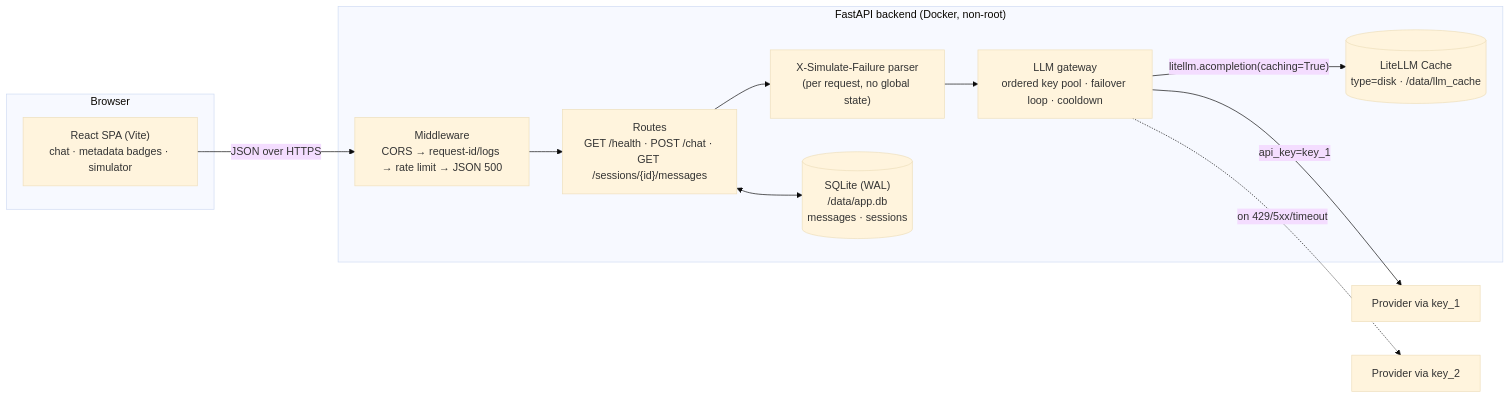
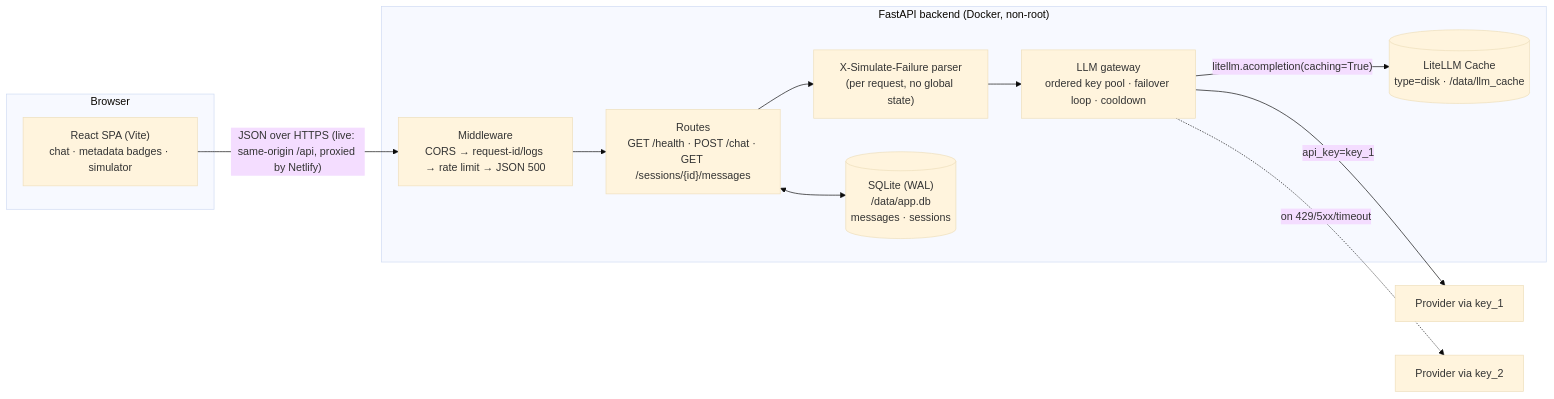
The first of 2 diagrams in README.md (anish295/LLM-ChatBot-Lyftr-AI), drawn with Mermaid (base theme) before and after one commit. The commit also changed other lines of this file and 17 other files, not shown here.

````diff
--- a/README.md
+++ b/README.md
@@ -146,23 +146,23 @@
 ```mermaid
 flowchart LR
     subgraph Browser
         UI["React SPA (Vite)<br/>chat · metadata badges · simulator"]
     end
     subgraph Backend["FastAPI backend (Docker, non-root)"]
         MW["Middleware<br/>CORS → request-id/logs → rate limit → JSON 500"]
         API["Routes<br/>GET /health · POST /chat · GET /sessions/{id}/messages"]
         SIM["X-Simulate-Failure parser<br/>(per request, no global state)"]
         GW["LLM gateway<br/>ordered key pool · failover loop · cooldown"]
         LC[("LiteLLM Cache<br/>type=disk · /data/llm_cache")]
         DB[("SQLite (WAL)<br/>/data/app.db<br/>messages · sessions")]
     end
     P1["Provider via key_1"]
     P2["Provider via key_2"]
 
-    UI -- "JSON over HTTPS" --> MW --> API
+    UI -- "JSON over HTTPS (live: same-origin /api, proxied by Netlify)" --> MW --> API
     API --> SIM --> GW
     API <--> DB
     GW -- "litellm.acompletion(caching=True)" --> LC
     GW -- "api_key=key_1" --> P1
     GW -. "on 429/5xx/timeout" .-> P2
 ```
````
